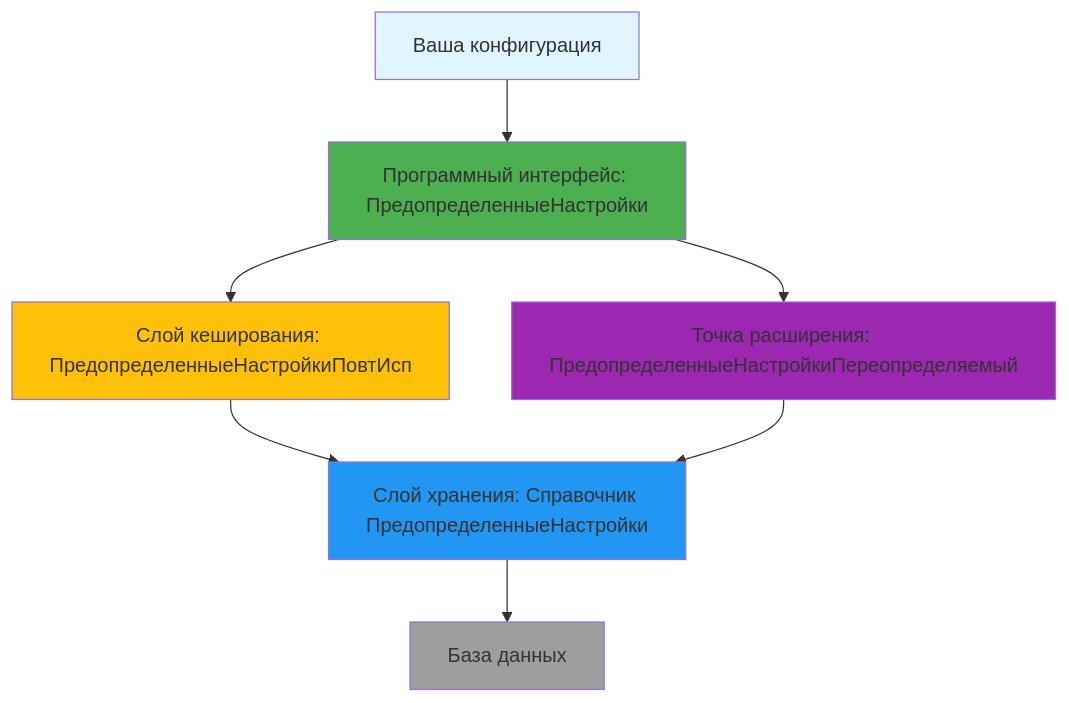
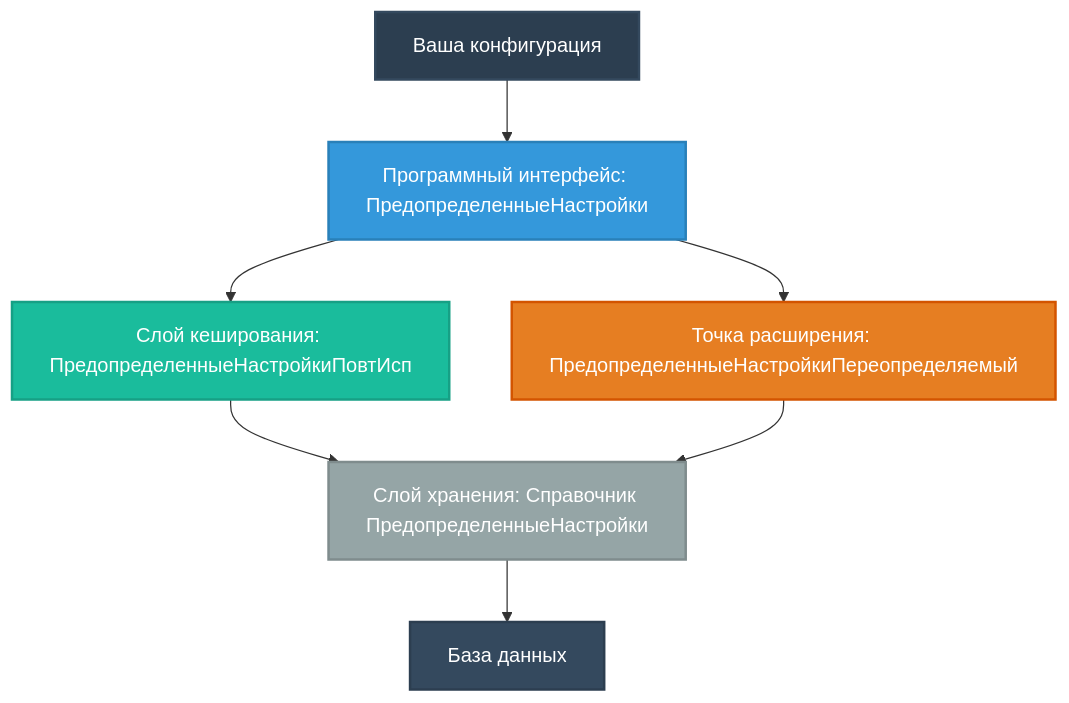
One commit to huxuxuya/1cPredefinedValuesSubsystem changed the first of 2 diagrams in README.md. Above: the diagram before and after it, drawn with Mermaid. The commit also changed other lines of this file, not shown here.

Commit message:
Обновлен README.md: добавлены раскрывающиеся секции для улучшения структуры и читаемости документации. Каждая секция теперь содержит краткое описание, что упрощает навигацию по возможностям и инструкциям. Также улучшено форматирование диаграмм и примеров кода.

````diff
--- a/README.md
+++ b/README.md
@@ -142,17 +158,17 @@
 ```mermaid
 graph TB
     A[Ваша конфигурация] --> B[Программный интерфейс: ПредопределенныеНастройки]
     B --> C[Слой кеширования: ПредопределенныеНастройкиПовтИсп]
     C --> D[Слой хранения: Справочник ПредопределенныеНастройки]
     D --> E[База данных]
     
     B --> F[Точка расширения: ПредопределенныеНастройкиПереопределяемый]
     F --> D
     
-    style A fill:#e1f5ff
-    style B fill:#4caf50
-    style C fill:#ffc107
-    style D fill:#2196f3
-    style E fill:#9e9e9e
-    style F fill:#9c27b0
+    style A fill:#2c3e50,stroke:#34495e,stroke-width:2px,color:#fff
+    style B fill:#3498db,stroke:#2980b9,stroke-width:2px,color:#fff
+    style C fill:#1abc9c,stroke:#16a085,stroke-width:2px,color:#fff
+    style D fill:#95a5a6,stroke:#7f8c8d,stroke-width:2px,color:#fff
+    style E fill:#34495e,stroke:#2c3e50,stroke-width:2px,color:#fff
+    style F fill:#e67e22,stroke:#d35400,stroke-width:2px,color:#fff
 ```
````
